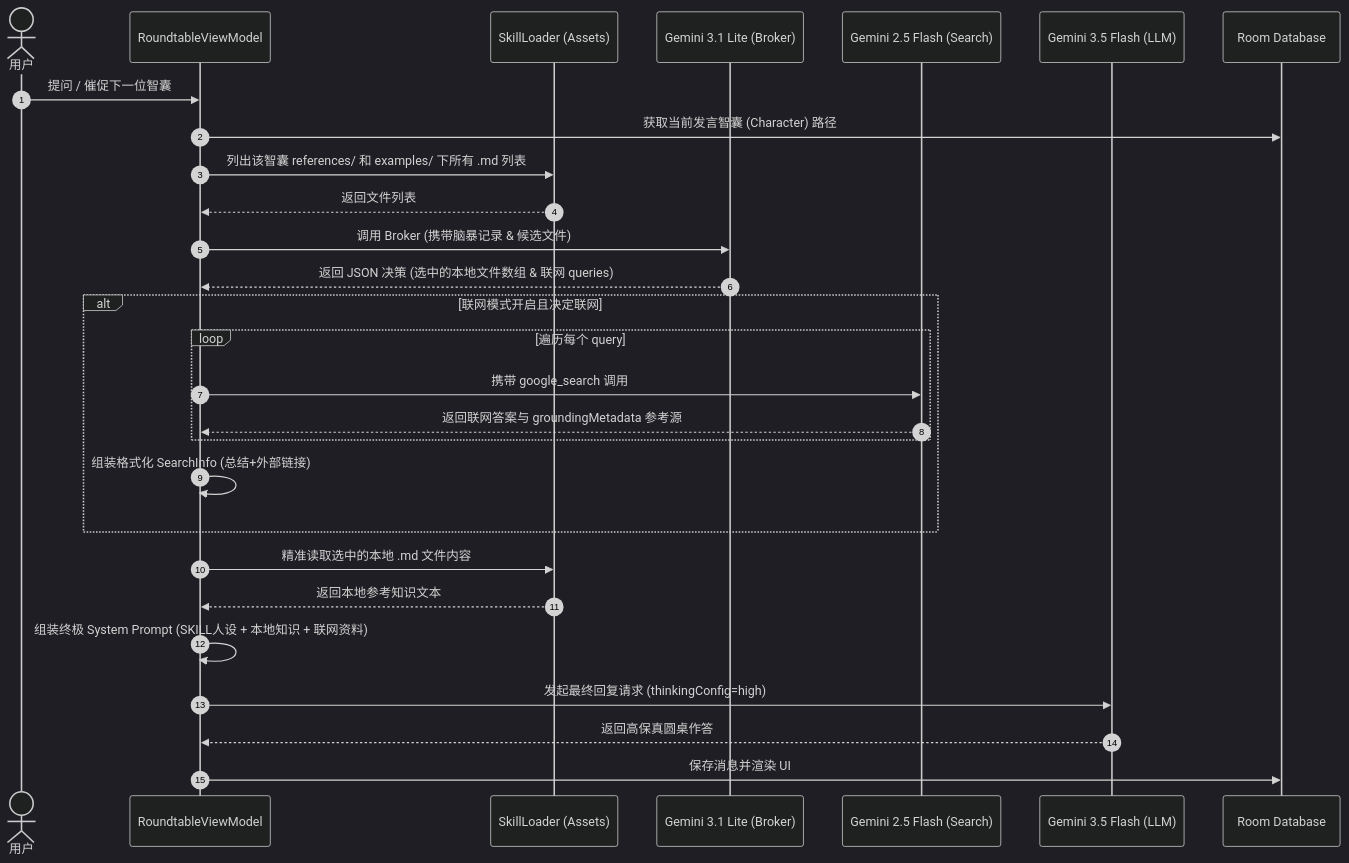
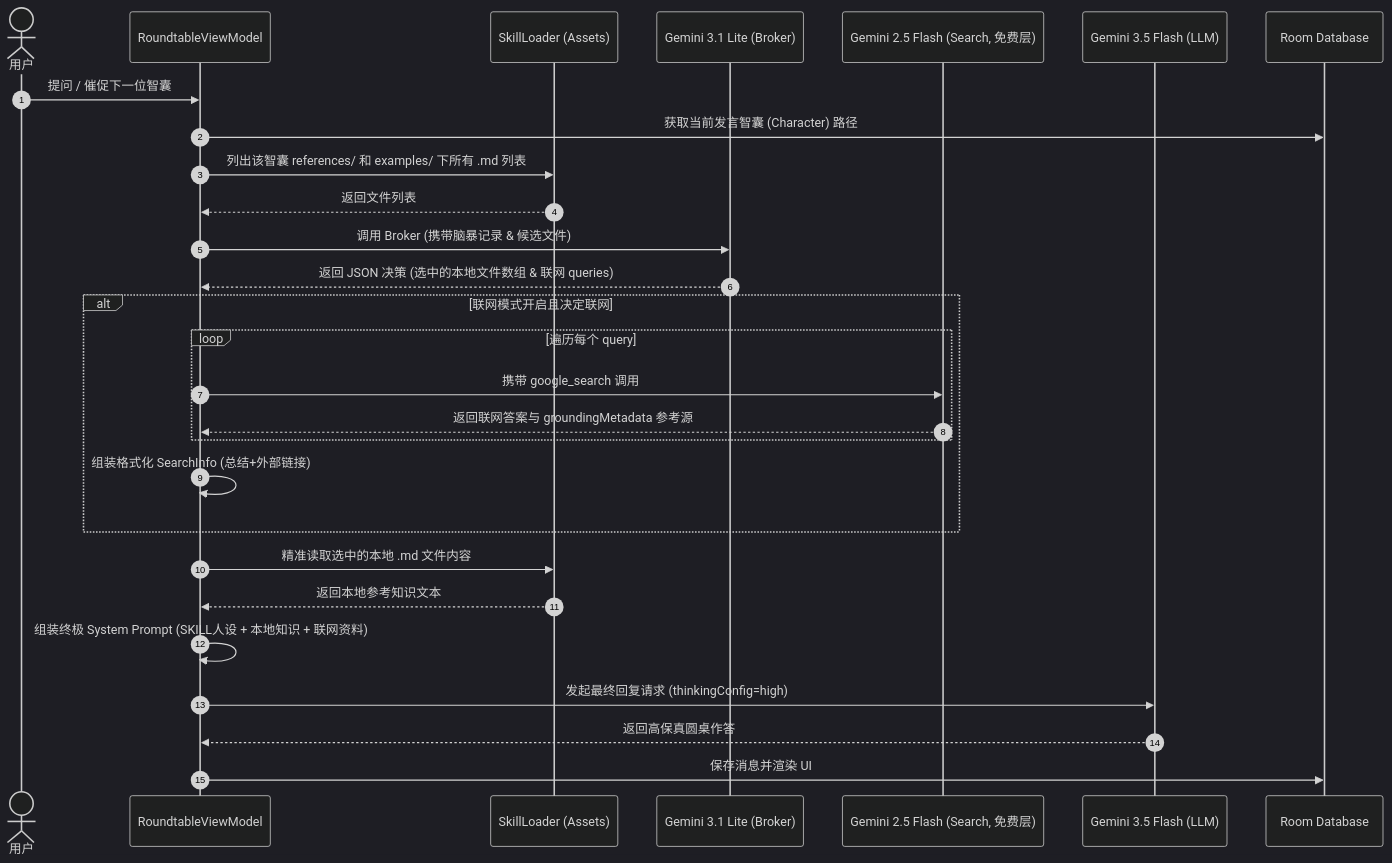
The diagram in docs/architecture/gemini-1m-context-broker.md (elio-zwd/AI-Skill-Roundtable), drawn with Mermaid (dark theme) before and after one commit. The commit also changed other lines of this file and 25 other files, not shown here.

````diff
--- a/docs/architecture/gemini-1m-context-broker.md
+++ b/docs/architecture/gemini-1m-context-broker.md
@@ -92,33 +92,33 @@
 ```mermaid
 sequenceDiagram
     autonumber
     actor User as 用户
     participant VM as RoundtableViewModel
     participant SL as SkillLoader (Assets)
     participant ApiLite as Gemini 3.1 Lite (Broker)
-    participant ApiSearch as Gemini 2.5 Flash (Search)
+    participant ApiSearch as Gemini 2.5 Flash (Search, 免费层)
     participant ApiFlash as Gemini 3.5 Flash (LLM)
     participant DB as Room Database
 
     User->>VM: 提问 / 催促下一位智囊
     VM->>DB: 获取当前发言智囊 (Character) 路径
     VM->>SL: 列出该智囊 references/ 和 examples/ 下所有 .md 列表
     SL-->>VM: 返回文件列表
     VM->>ApiLite: 调用 Broker (携带脑暴记录 & 候选文件)
     ApiLite-->>VM: 返回 JSON 决策 (选中的本地文件数组 & 联网 queries)
     
     alt 联网模式开启且决定联网
         loop 遍历每个 query
             VM->>ApiSearch: 携带 google_search 调用
             ApiSearch-->>VM: 返回联网答案与 groundingMetadata 参考源
         end
         VM->>VM: 组装格式化 SearchInfo (总结+外部链接)
     end
     
     VM->>SL: 精准读取选中的本地 .md 文件内容
     SL-->>VM: 返回本地参考知识文本
     VM->>VM: 组装终极 System Prompt (SKILL人设 + 本地知识 + 联网资料)
     VM->>ApiFlash: 发起最终回复请求 (thinkingConfig=high)
     ApiFlash-->>VM: 返回高保真圆桌作答
     VM->>DB: 保存消息并渲染 UI
 ```
````
